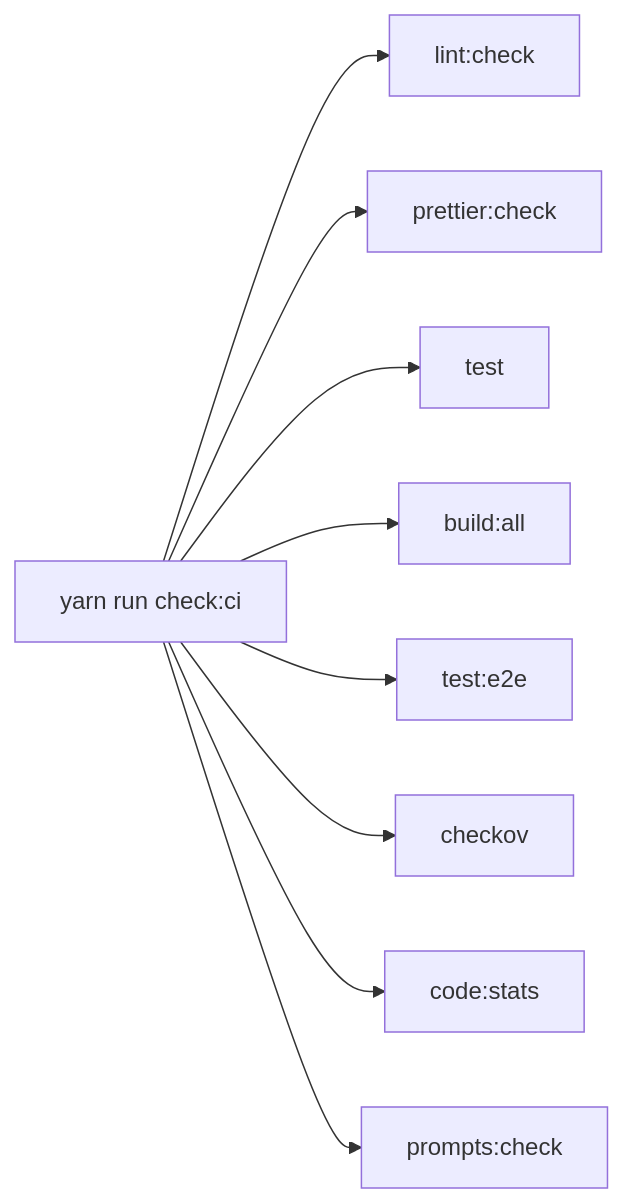
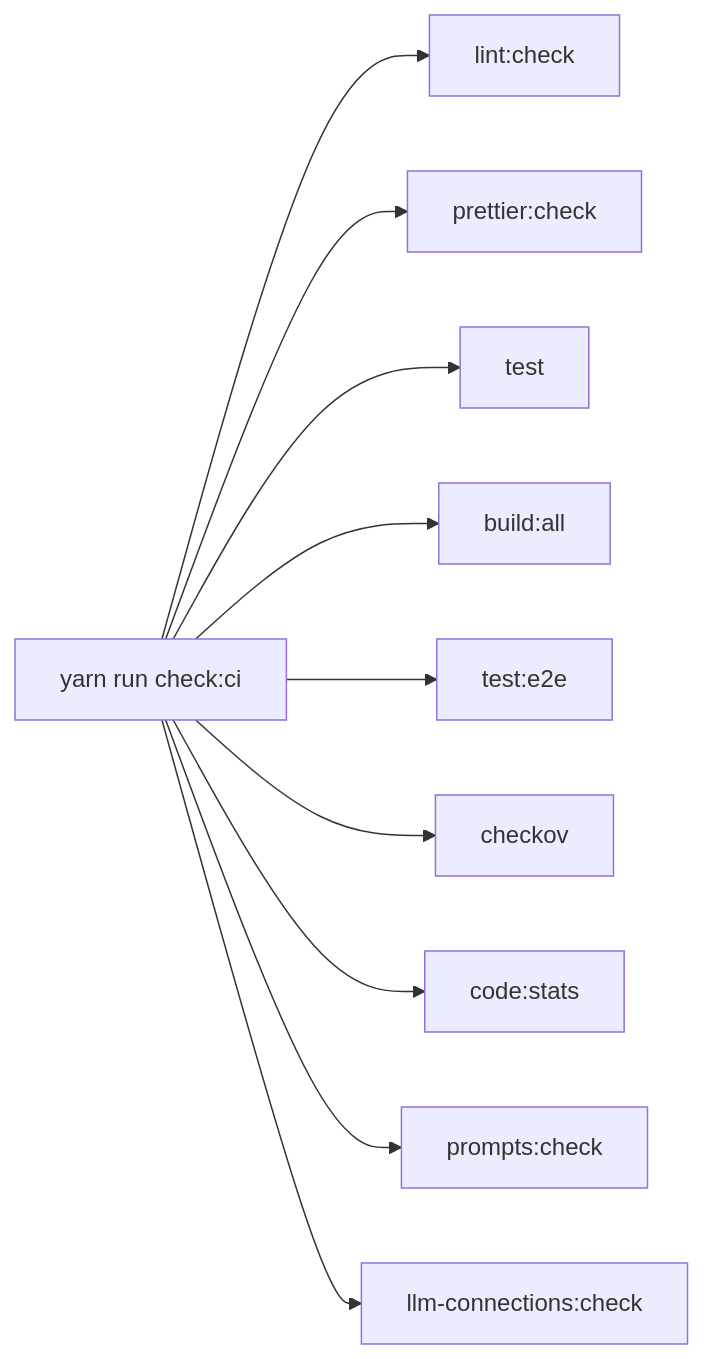
The second of 4 diagrams in README.md (BASIC-BIT/meeting-notes-discord-bot), drawn with Mermaid before and after one commit. The commit also changed other lines of this file and 40 other files, not shown here.

````diff
--- a/README.md
+++ b/README.md
@@ -71,11 +82,12 @@
 ```mermaid
 flowchart LR
   A["yarn run check:ci"] --> B["lint:check"]
   A --> C["prettier:check"]
   A --> D["test"]
   A --> E["build:all"]
   A --> F["test:e2e"]
   A --> G["checkov"]
   A --> H["code:stats"]
   A --> I["prompts:check"]
+  A --> J["llm-connections:check"]
 ```
````
